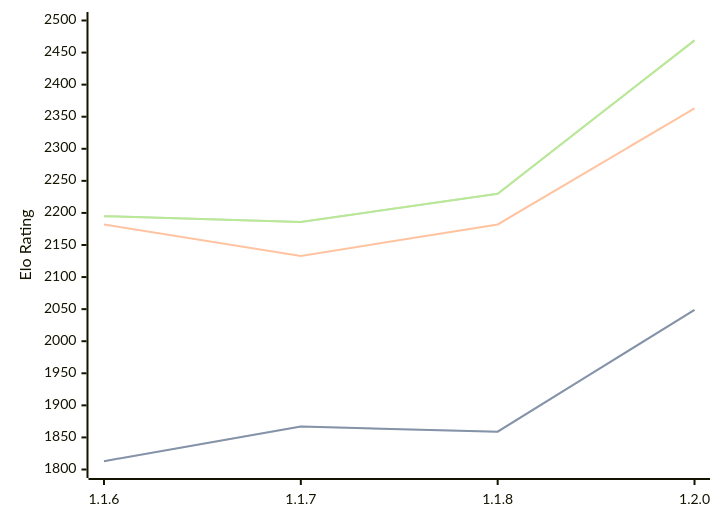
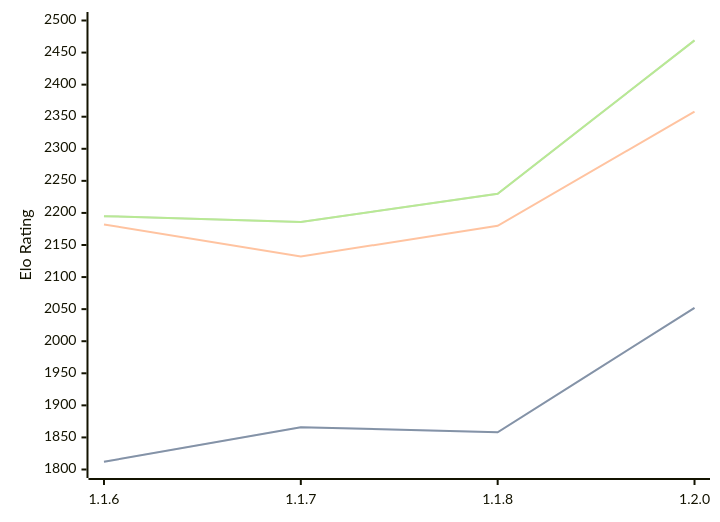
The diagram in engines/Soomi.md (computer-chess-index/cci), drawn with Mermaid before and after one commit. The commit also changed other lines of this file, not shown here.

````diff
--- a/engines/Soomi.md
+++ b/engines/Soomi.md
@@ -34,11 +34,11 @@
 ```mermaid
 %%{init: {"theme":"base","themeVariables":{"seriesColors:['#a3a3a3','#222221','#faa371']}}}%%
 xychart-beta
   x-axis ["1.1.6", "1.1.7", "1.1.8", "1.2.0"]
   y-axis "Elo Rating" 1800 --> 2500
-  line "STC (8.0+0.08s)" [1813, 1867, 1859, 2049]
-  line "STC (8.0+0.08s)" [1813, 1867, 1859, 2049]
-  line "LTC (60.0+0.60s)" [2182, 2133, 2182, 2363]
+  line "STC (8.0+0.08s)" [1812, 1866, 1858, 2052]
+  line "STC (8.0+0.08s)" [1812, 1866, 1858, 2052]
+  line "LTC (60.0+0.60s)" [2182, 2132, 2180, 2358]
   line "VLTC (2m24s+1.12s)" [2195, 2186, 2230, 2469]
   line "VLTC (2m24s+1.12s)" [2195, 2186, 2230, 2469]
 ```
````
